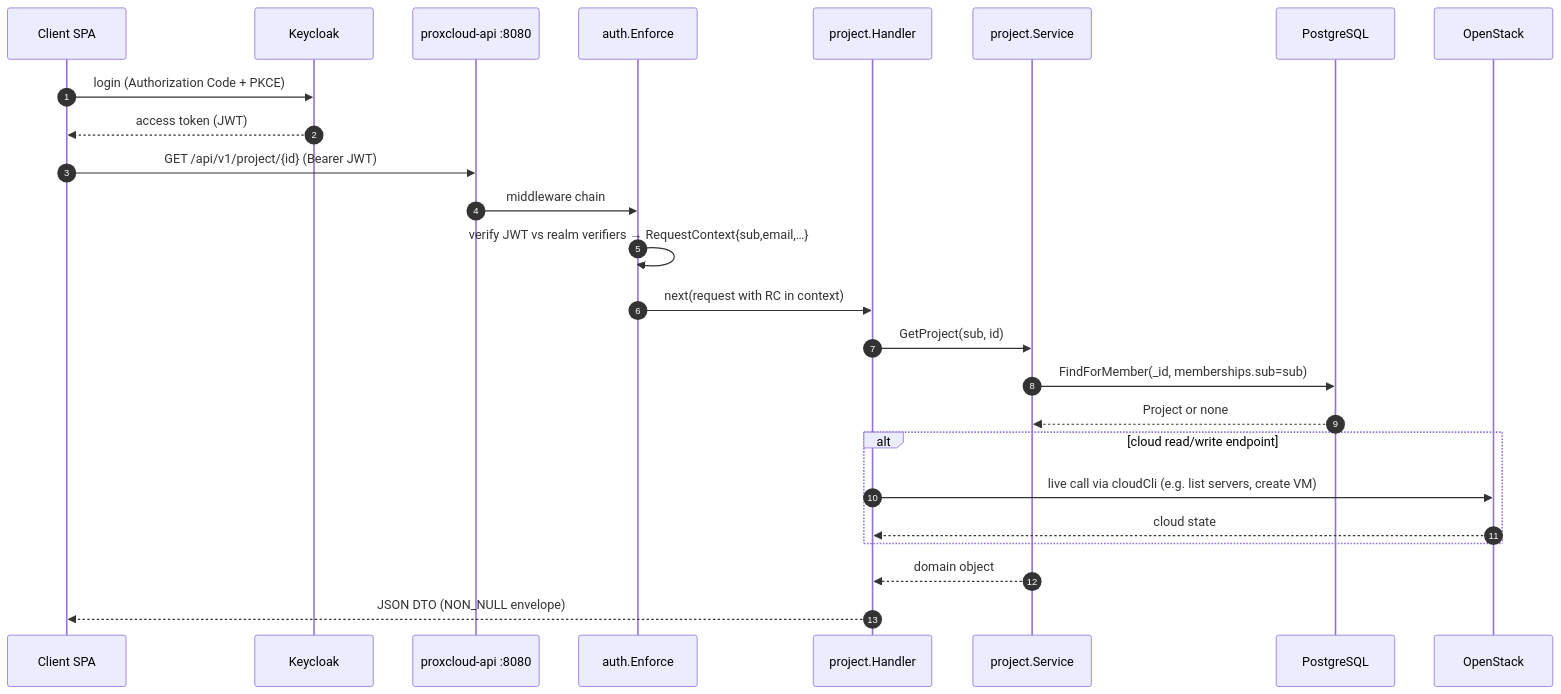
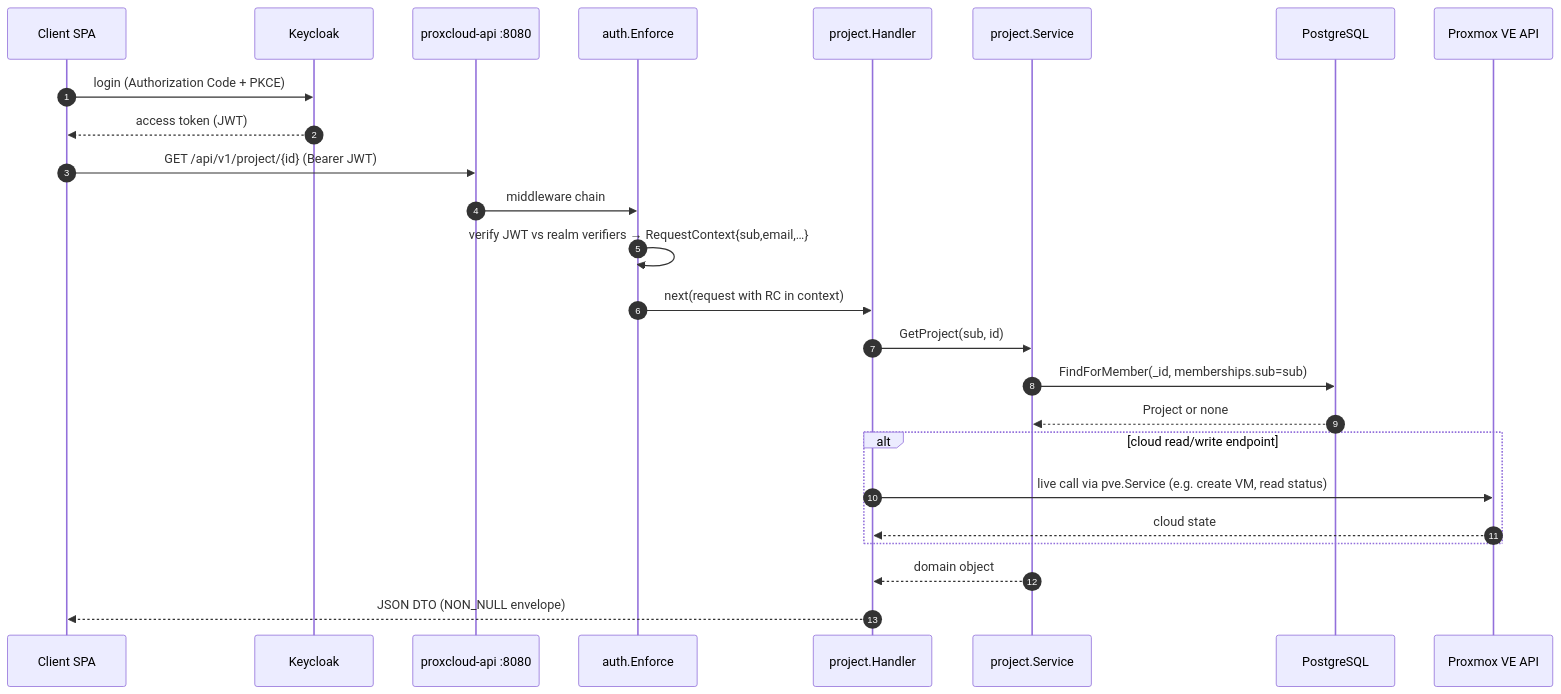
The fifth of 7 diagrams in docs/architecture.md (mutex-solutions/proxcloud), drawn with Mermaid before and after one commit. The commit also changed other lines of this file and 44 other files, not shown here.

First line of the commit message:
docs: describe the Proxmox backend and drop OpenStack pages

````diff
--- a/docs/architecture.md
+++ b/docs/architecture.md
@@ -243,28 +244,28 @@
 ```mermaid
 sequenceDiagram
     autonumber
     participant SPA as Client SPA
     participant KC as Keycloak
     participant API as proxcloud-api :8080
     participant Auth as auth.Enforce
     participant H as project.Handler
     participant S as project.Service
     participant DB as PostgreSQL
-    participant OS as OpenStack
+    participant PVE as Proxmox VE API
 
     SPA->>KC: login (Authorization Code + PKCE)
     KC-->>SPA: access token (JWT)
     SPA->>API: GET /api/v1/project/{id}  (Bearer JWT)
     API->>Auth: middleware chain
     Auth->>Auth: verify JWT vs realm verifiers → RequestContext{sub,email,…}
     Auth->>H: next(request with RC in context)
     H->>S: GetProject(sub, id)
     S->>DB: FindForMember(_id, memberships.sub=sub)
     DB-->>S: Project or none
     alt cloud read/write endpoint
-        H->>OS: live call via cloudCli (e.g. list servers, create VM)
-        OS-->>H: cloud state
+        H->>PVE: live call via pve.Service (e.g. create VM, read status)
+        PVE-->>H: cloud state
     end
     S-->>H: domain object
     H-->>SPA: JSON DTO (NON_NULL envelope)
 ```
````
